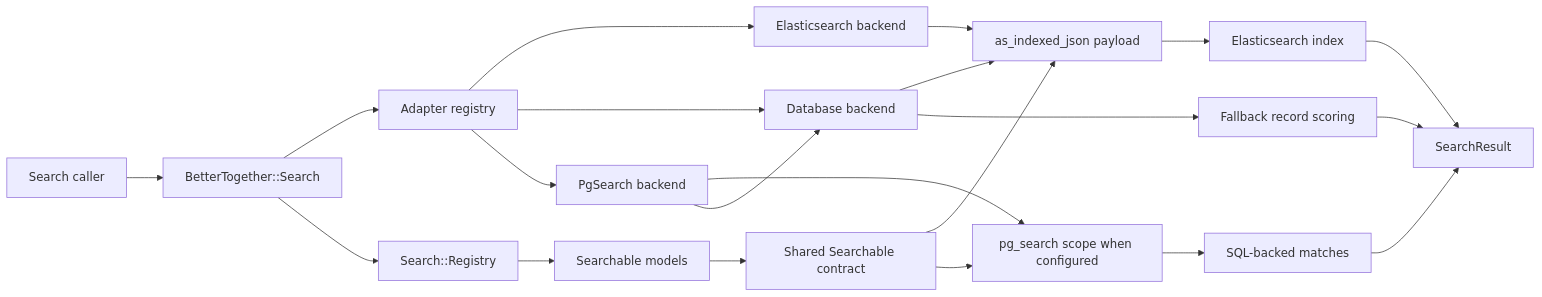
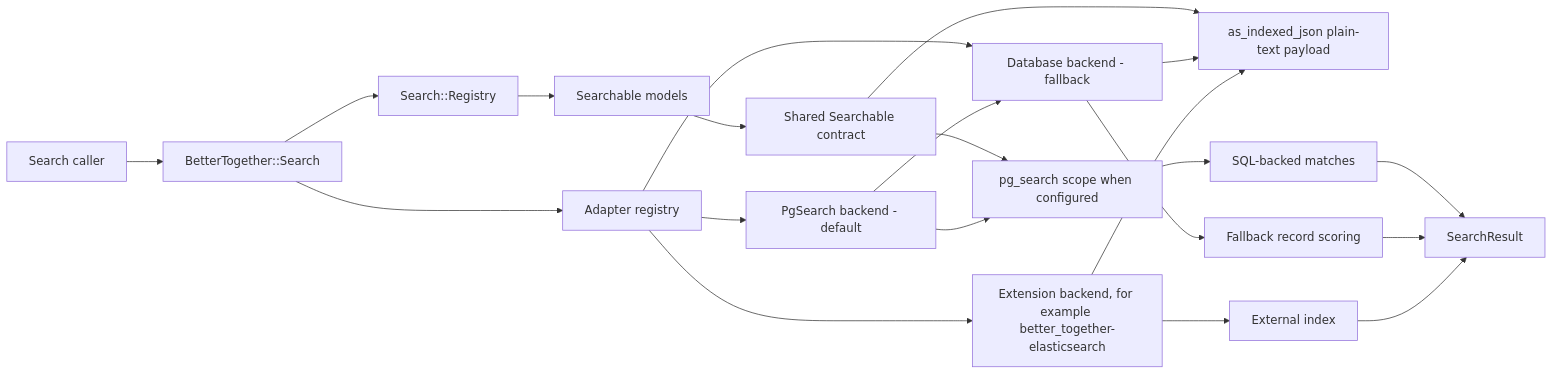
The diagram in docs/diagrams/source/pr_1479_search_backend_architecture.mmd (better-together-org/community-engine-rails), drawn with Mermaid before and after one commit. The commit also changed 63 other files, not shown here.

```diff
--- a/docs/diagrams/source/pr_1479_search_backend_architecture.mmd
+++ b/docs/diagrams/source/pr_1479_search_backend_architecture.mmd
@@ -1,21 +1,21 @@
 flowchart LR
     A[Search caller] --> B[BetterTogether::Search]
     B --> C[Adapter registry]
-    C --> D[Elasticsearch backend]
-    C --> E[Database backend]
-    C --> F[PgSearch backend]
+    C --> F[PgSearch backend - default]
+    C --> E[Database backend - fallback]
+    C --> X[Extension backend, for example better_together-elasticsearch]
     B --> G[Search::Registry]
     G --> H[Searchable models]
     H --> I[Shared Searchable contract]
-    I --> J[as_indexed_json payload]
+    I --> J[as_indexed_json plain-text payload]
     I --> K[pg_search scope when configured]
-    D --> J
-    E --> J
     F --> K
     F --> E
+    E --> J
+    X --> J
     K --> L[SQL-backed matches]
     E --> M[Fallback record scoring]
-    J --> N[Elasticsearch index]
+    X --> N[External index]
     L --> O[SearchResult]
     M --> O
     N --> O
```
